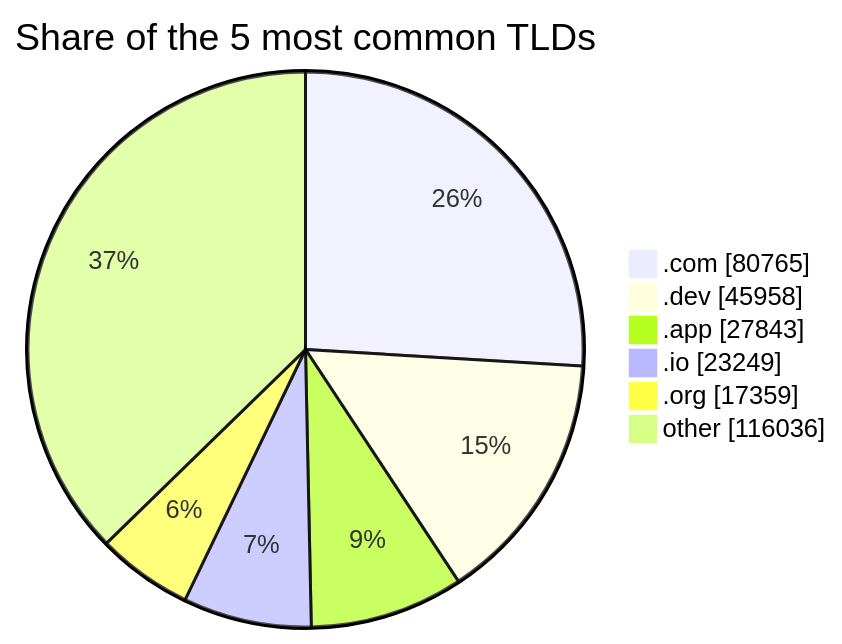
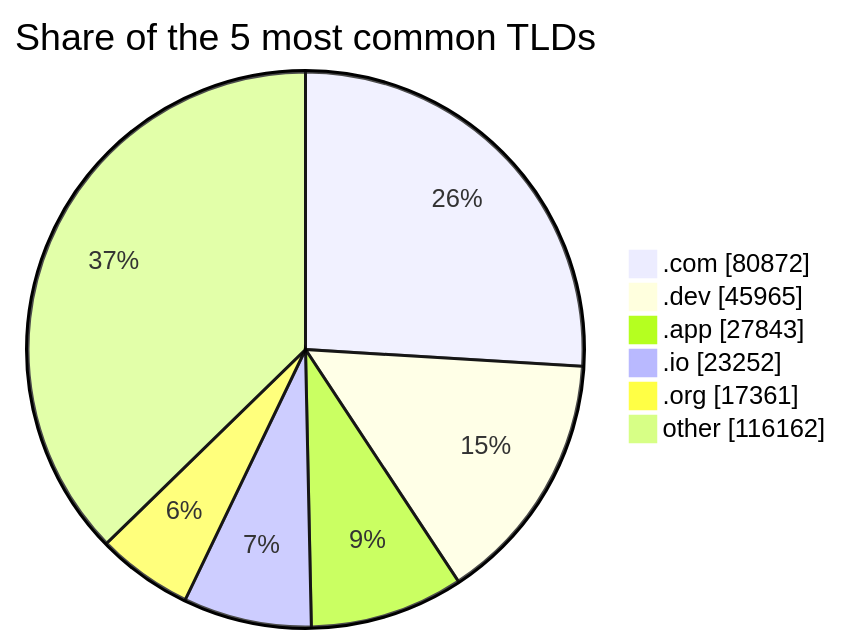
One commit to DNSBunker/CTI changed the third of 3 diagrams in README.md. Above: the diagram before and after it, drawn with Mermaid. The commit also changed other lines of this file and 3 other files, not shown here.

````diff
--- a/README.md
+++ b/README.md
@@ -81,9 +81,9 @@
 ```mermaid
 pie showData title Share of the 5 most common TLDs
-    ".com" : 80765
-    ".dev" : 45958
+    ".com" : 80872
+    ".dev" : 45965
     ".app" : 27843
-    ".io" : 23249
-    ".org" : 17359
-    "other" : 116036
+    ".io" : 23252
+    ".org" : 17361
+    "other" : 116162
 ```
````
